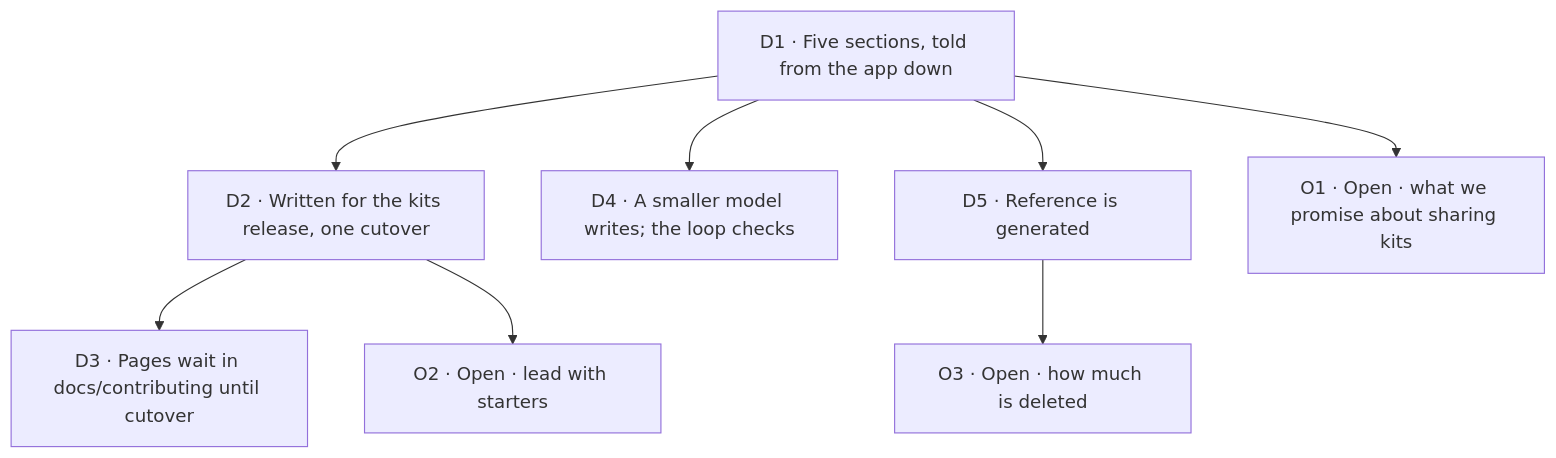
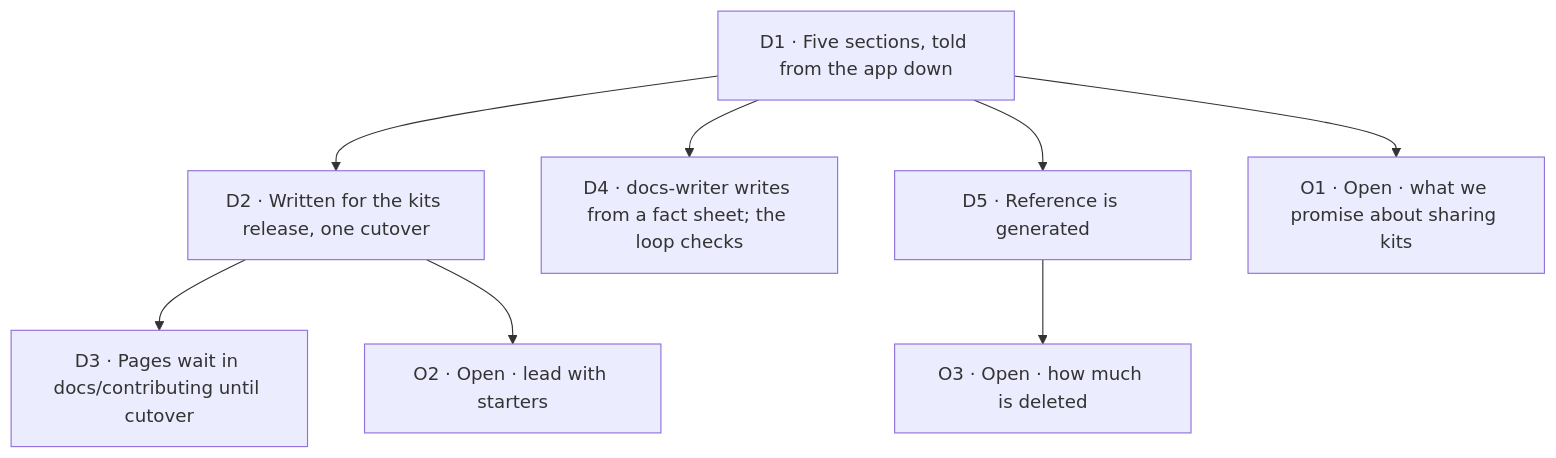
One commit to fixpoint-labs/flow-state-dev changed the diagram in specs/epics/FIX-2696/DECISIONS.md. Above: the diagram before and after it, drawn with Mermaid. The commit also changed other lines of this file and 3 other files, not shown here.

````diff
--- a/specs/epics/FIX-2696/DECISIONS.md
+++ b/specs/epics/FIX-2696/DECISIONS.md
@@ -7,10 +7,10 @@
 ```mermaid
 flowchart TD
   D1["D1 · Five sections, told from the app down"] --> D2["D2 · Written for the kits release, one cutover"]
   D2 --> D3["D3 · Pages wait in docs/contributing until cutover"]
-  D1 --> D4["D4 · A smaller model writes; the loop checks"]
+  D1 --> D4["D4 · docs-writer writes from a fact sheet; the loop checks"]
   D1 --> D5["D5 · Reference is generated"]
   D1 --> O1["O1 · Open · what we promise about sharing kits"]
   D2 --> O2["O2 · Open · lead with starters"]
   D5 --> O3["O3 · Open · how much is deleted"]
 ```
````
